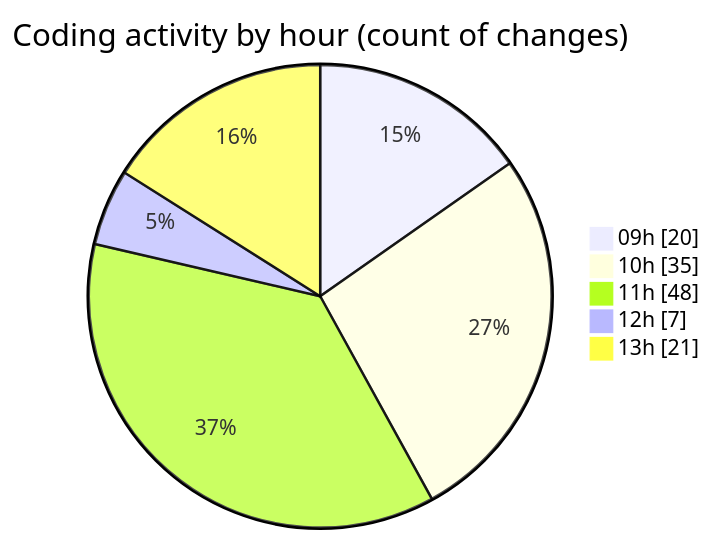
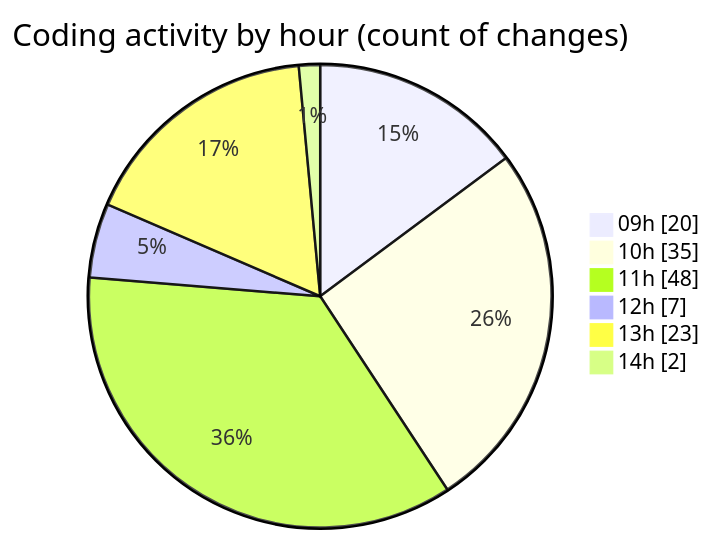
The second of 2 diagrams in 2025-06-10/ecodeli-1/README.md (CELIANVF/code-tracking), drawn with Mermaid before and after one commit. The commit also changed other lines of this file and 1 other file, not shown here.

````diff
--- a/2025-06-10/ecodeli-1/README.md
+++ b/2025-06-10/ecodeli-1/README.md
@@ -80,9 +82,10 @@
 ```mermaid
 pie showData
 title Coding activity by hour (count of changes)
 "09h" : 20
 "10h" : 35
 "11h" : 48
 "12h" : 7
-"13h" : 21
+"13h" : 23
+"14h" : 2
 ```
````
